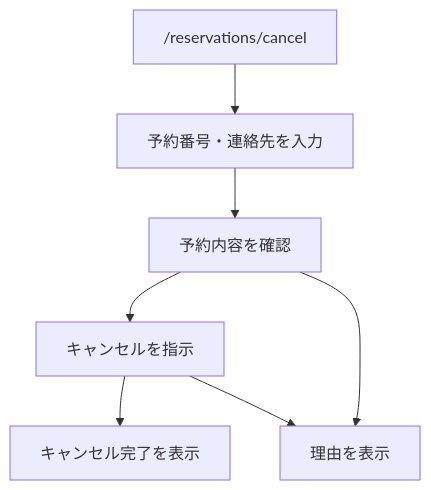
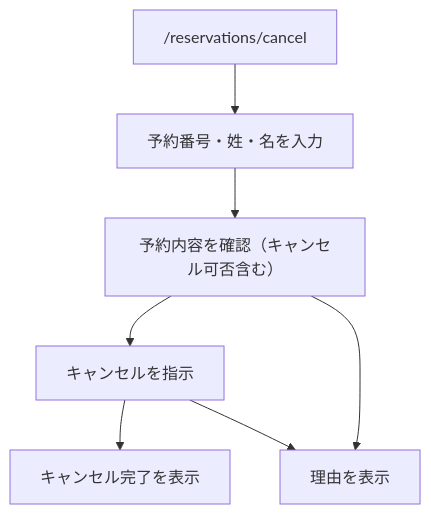
The fifth of 5 diagrams in docs/architecture-design/ui-routing-design.md (97kuek/HRS), drawn with Mermaid before and after one commit. The commit also changed other lines of this file and 11 other files, not shown here.

````diff
--- a/docs/architecture-design/ui-routing-design.md
+++ b/docs/architecture-design/ui-routing-design.md
@@ -150,15 +151,15 @@
 ```mermaid
 flowchart TD
     start["/reservations/cancel"]
-    input["予約番号・連絡先を入力"]
-    lookup["予約内容を確認"]
+    input["予約番号・姓・名を入力"]
+    lookup["予約内容を確認（キャンセル可否含む）"]
     confirm["キャンセルを指示"]
     complete["キャンセル完了を表示"]
     error["理由を表示"]
 
     start --> input --> lookup
     lookup --> confirm
     lookup --> error
     confirm --> complete
     confirm --> error
 ```
````
